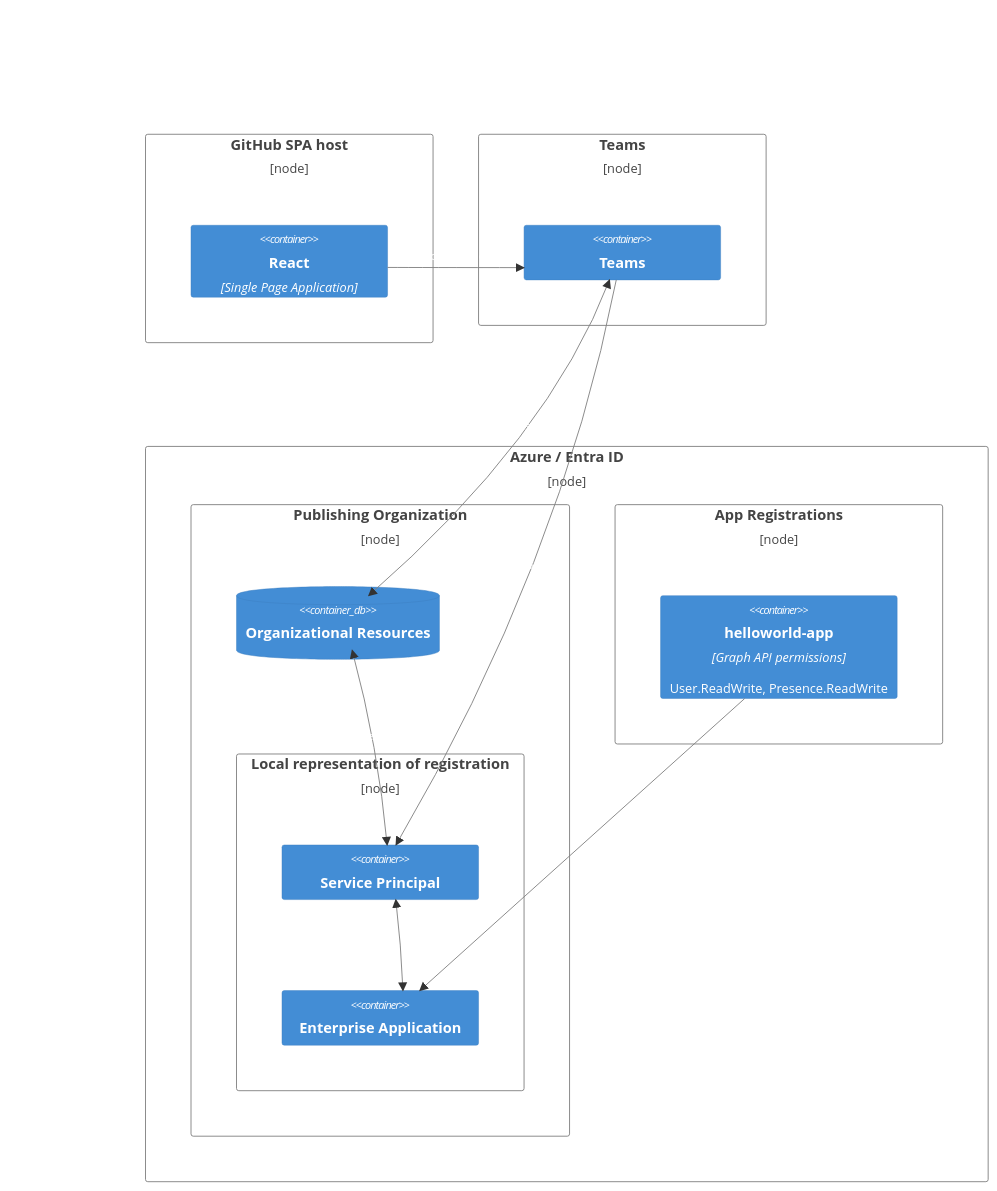
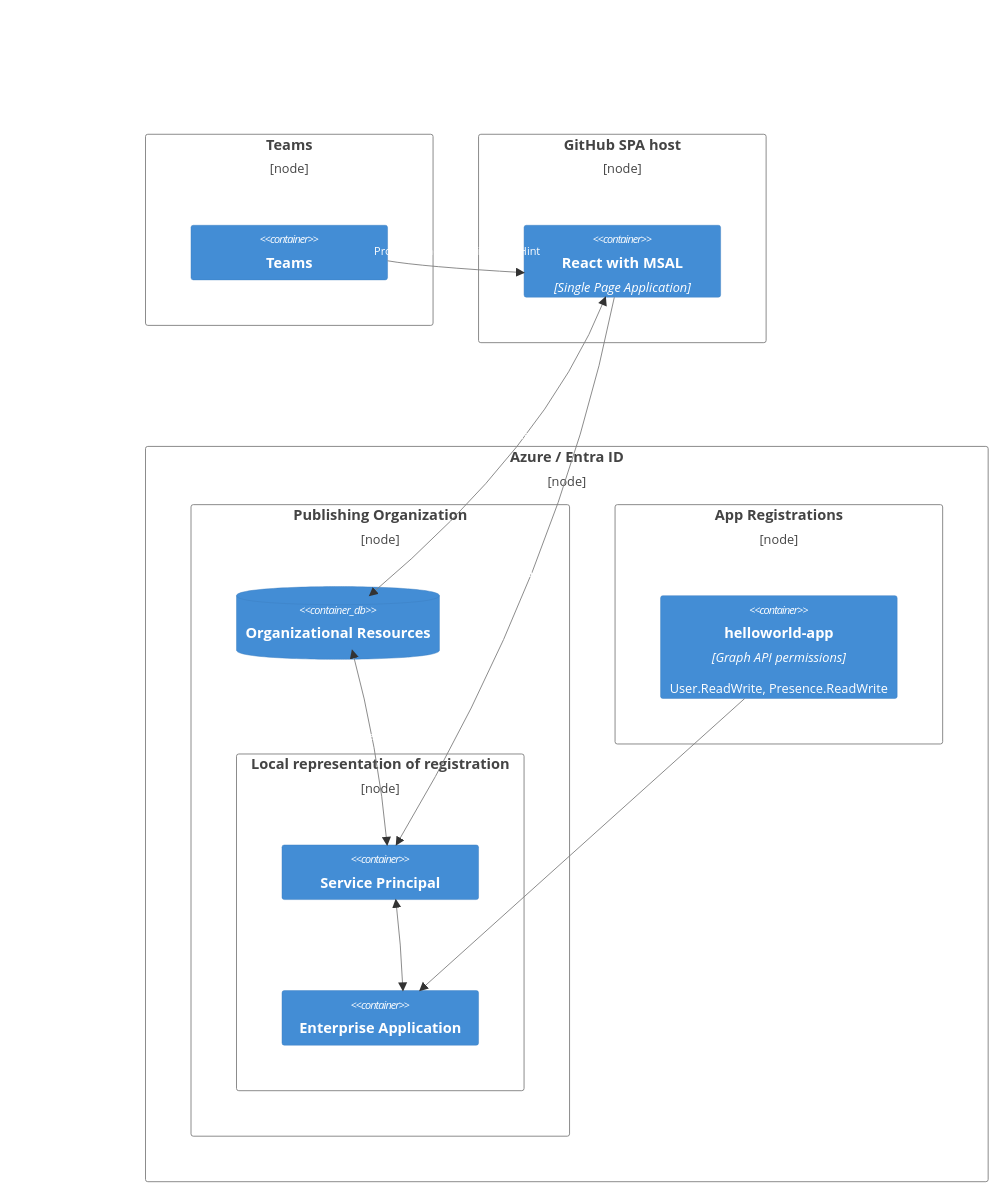
The diagram in README.md (CynicDog/azure-entra-in-spa), drawn with Mermaid before and after one commit.

````diff
--- a/README.md
+++ b/README.md
@@ -2,48 +2,48 @@
 ```mermaid
 C4Deployment
     title  
     
-    Deployment_Node(github, "GitHub SPA host") {
-        Container(React, "React", "Single Page Application", "")
+    Deployment_Node(teams, "Teams") {
+        Container(Teams, "Teams", "", "")
     }
 
-    Deployment_Node(teams, "Teams") {
-        Container(Teams, "Teams", "", "")
+    Deployment_Node(github, "GitHub SPA host") {
+        Container(React, "React with MSAL", "Single Page Application", "")
     }
 
     Deployment_Node(azure, "Azure / Entra ID") {
         Deployment_Node(organizationalResources, "Publishing Organization") {
             ContainerDb(Organizational_Resources, "Organizational Resources", "")
             
             Deployment_Node(publishingOrganization, "Local representation of registration") {
                 Container(Service_Principal, "Service Principal", "", "")
                 Container(Enterprise_Application, "Enterprise Application", "", "")        
             }
         }
 
         Deployment_Node(appRegistrations, "App Registrations") {
                     Container(helloworld_app, "helloworld-app", "Graph API permissions", "User.ReadWrite, Presence.ReadWrite")
         }
     }
     
     Rel(helloworld_app, Enterprise_Application, "Exposes as")
-    Rel(Teams, Service_Principal, "Delegates to")
-    Rel(React, Teams, "Provides endpoint")
+    Rel(React, Service_Principal, "Delegates to")
+    Rel(Teams, React, "Provides endpoint with loginHint")
     BiRel(Service_Principal, Organizational_Resources, "Accesses")
-    BiRel(Teams, Organizational_Resources, "On behalf of user")
+    BiRel(React, Organizational_Resources, "On behalf of user")
     BiRel(Enterprise_Application, Service_Principal, "")
 
     UpdateElementStyle(azure, $borderColor="gray")
     UpdateElementStyle(github, $borderColor="gray")
     UpdateElementStyle(teams, $borderColor="gray")
     UpdateElementStyle(organizationalResources, $borderColor="gray")
     UpdateElementStyle(appRegistrations, $borderColor="gray")
     UpdateElementStyle(publishingOrganization, $borderColor="gray")
     
     UpdateRelStyle(helloworld_app, Enterprise_Application, $textColor="white", $lineColor="gray", ,$offsetX="5")
-    UpdateRelStyle(Teams, Service_Principal, $textColor="white", $lineColor="gray", $offsetX="-40")
-    UpdateRelStyle(React, Teams, $textColor="white", $lineColor="gray", $offsetY="-15", $offsetX="-40")
+    UpdateRelStyle(React, Service_Principal, $textColor="white", $lineColor="gray", $offsetX="-40")
+    UpdateRelStyle(Teams, React, $textColor="white", $lineColor="gray", $offsetY="-20", $offsetX="-90")
     UpdateRelStyle(Service_Principal, Organizational_Resources, $textColor="white", $lineColor="gray", $offsetY="-15", $offsetX="-40")
-    UpdateRelStyle(Teams, Organizational_Resources, $textColor="white", $lineColor="gray", $offsetY="-15", $offsetX="-40")
+    UpdateRelStyle(React, Organizational_Resources, $textColor="white", $lineColor="gray", $offsetY="-15", $offsetX="-40")
     UpdateRelStyle(Enterprise_Application, Service_Principal, $textColor="white", $lineColor="gray")
 ```
````
